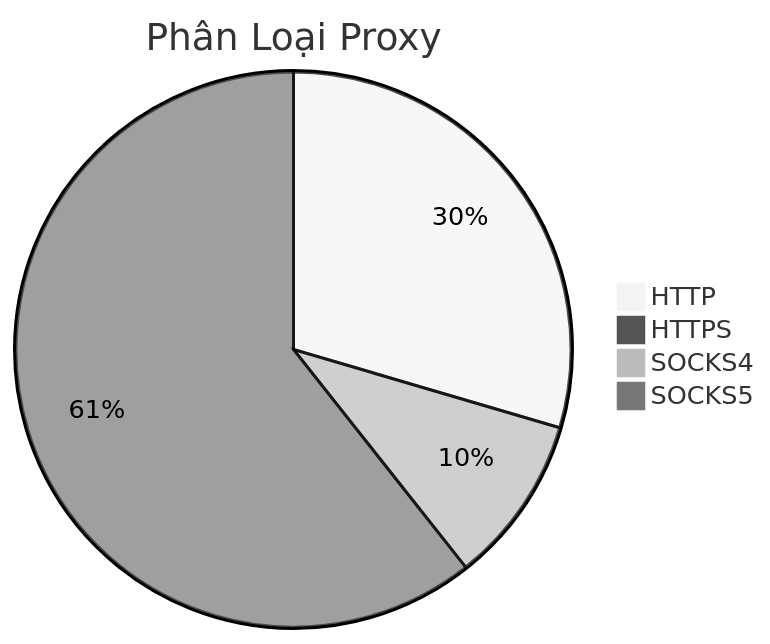
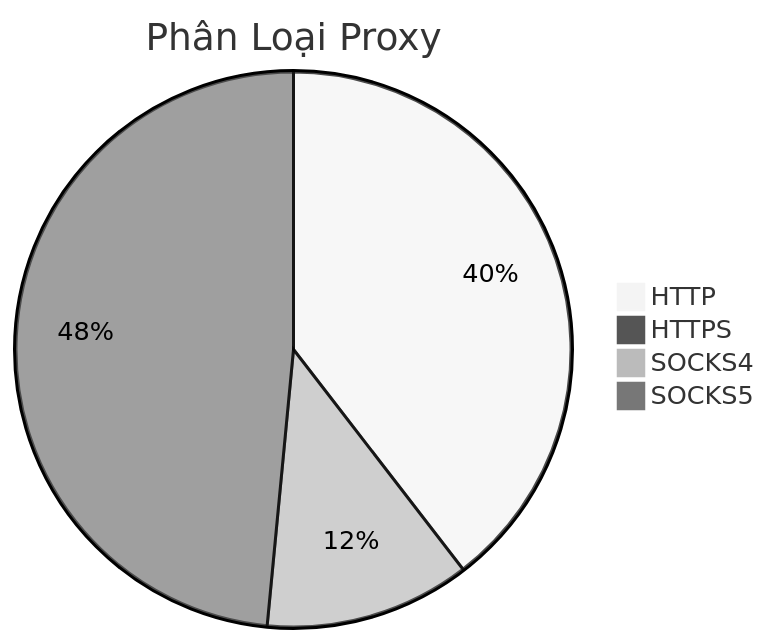
The diagram in README.md (Ciara-Aa/PROXY-free), drawn with Mermaid (neutral theme) before and after one commit. The commit also changed other lines of this file and 4 other files, not shown here.

````diff
--- a/README.md
+++ b/README.md
@@ -26,7 +26,7 @@
 ```mermaid
 pie title Phân Loại Proxy
-    "HTTP" : 935
-    "HTTPS" : 3
-    "SOCKS4" : 310
-    "SOCKS5" : 1919
+    "HTTP" : 849
+    "HTTPS" : 2
+    "SOCKS4" : 257
+    "SOCKS5" : 1041
 ```
````
